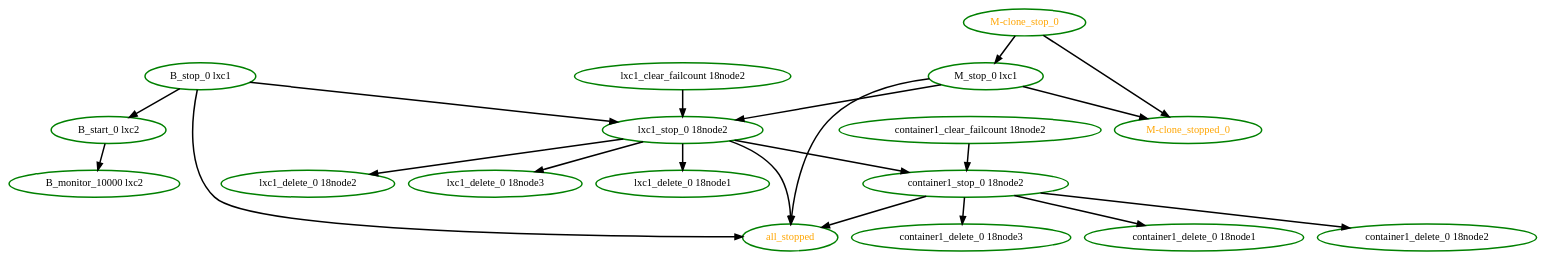
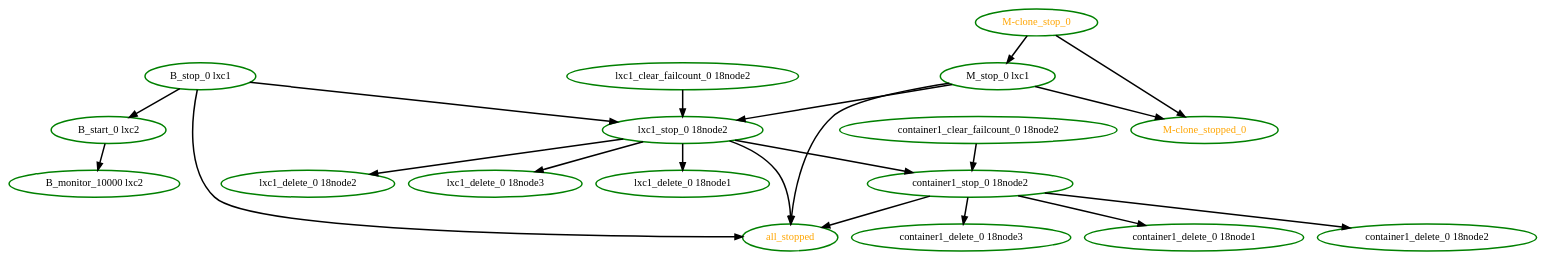
Before and after one commit to ClusterLabs/pacemaker: the diagram in pengine/test10/whitebox-orphaned.dot, drawn with Graphviz. The commit also changed 14 other files, not shown here.

```diff
--- a/pengine/test10/whitebox-orphaned.dot
+++ b/pengine/test10/whitebox-orphaned.dot
@@ -1,39 +1,39 @@
  digraph "g" {
 "B_monitor_10000 lxc2" [ style=bold color="green" fontcolor="black"]
 "B_start_0 lxc2" -> "B_monitor_10000 lxc2" [ style = bold]
 "B_start_0 lxc2" [ style=bold color="green" fontcolor="black"]
 "B_stop_0 lxc1" -> "B_start_0 lxc2" [ style = bold]
 "B_stop_0 lxc1" -> "all_stopped" [ style = bold]
 "B_stop_0 lxc1" -> "lxc1_stop_0 18node2" [ style = bold]
 "B_stop_0 lxc1" [ style=bold color="green" fontcolor="black"]
 "M-clone_stop_0" -> "M-clone_stopped_0" [ style = bold]
 "M-clone_stop_0" -> "M_stop_0 lxc1" [ style = bold]
 "M-clone_stop_0" [ style=bold color="green" fontcolor="orange"]
 "M-clone_stopped_0" [ style=bold color="green" fontcolor="orange"]
 "M_stop_0 lxc1" -> "M-clone_stopped_0" [ style = bold]
 "M_stop_0 lxc1" -> "all_stopped" [ style = bold]
 "M_stop_0 lxc1" -> "lxc1_stop_0 18node2" [ style = bold]
 "M_stop_0 lxc1" [ style=bold color="green" fontcolor="black"]
 "all_stopped" [ style=bold color="green" fontcolor="orange"]
-"container1_clear_failcount 18node2" -> "container1_stop_0 18node2" [ style = bold]
-"container1_clear_failcount 18node2" [ style=bold color="green" fontcolor="black"]
+"container1_clear_failcount_0 18node2" -> "container1_stop_0 18node2" [ style = bold]
+"container1_clear_failcount_0 18node2" [ style=bold color="green" fontcolor="black"]
 "container1_delete_0 18node1" [ style=bold color="green" fontcolor="black"]
 "container1_delete_0 18node2" [ style=bold color="green" fontcolor="black"]
 "container1_delete_0 18node3" [ style=bold color="green" fontcolor="black"]
 "container1_stop_0 18node2" -> "all_stopped" [ style = bold]
 "container1_stop_0 18node2" -> "container1_delete_0 18node1" [ style = bold]
 "container1_stop_0 18node2" -> "container1_delete_0 18node2" [ style = bold]
 "container1_stop_0 18node2" -> "container1_delete_0 18node3" [ style = bold]
 "container1_stop_0 18node2" [ style=bold color="green" fontcolor="black"]
-"lxc1_clear_failcount 18node2" -> "lxc1_stop_0 18node2" [ style = bold]
-"lxc1_clear_failcount 18node2" [ style=bold color="green" fontcolor="black"]
+"lxc1_clear_failcount_0 18node2" -> "lxc1_stop_0 18node2" [ style = bold]
+"lxc1_clear_failcount_0 18node2" [ style=bold color="green" fontcolor="black"]
 "lxc1_delete_0 18node1" [ style=bold color="green" fontcolor="black"]
 "lxc1_delete_0 18node2" [ style=bold color="green" fontcolor="black"]
 "lxc1_delete_0 18node3" [ style=bold color="green" fontcolor="black"]
 "lxc1_stop_0 18node2" -> "all_stopped" [ style = bold]
 "lxc1_stop_0 18node2" -> "container1_stop_0 18node2" [ style = bold]
 "lxc1_stop_0 18node2" -> "lxc1_delete_0 18node1" [ style = bold]
 "lxc1_stop_0 18node2" -> "lxc1_delete_0 18node2" [ style = bold]
 "lxc1_stop_0 18node2" -> "lxc1_delete_0 18node3" [ style = bold]
 "lxc1_stop_0 18node2" [ style=bold color="green" fontcolor="black"]
 }
```
